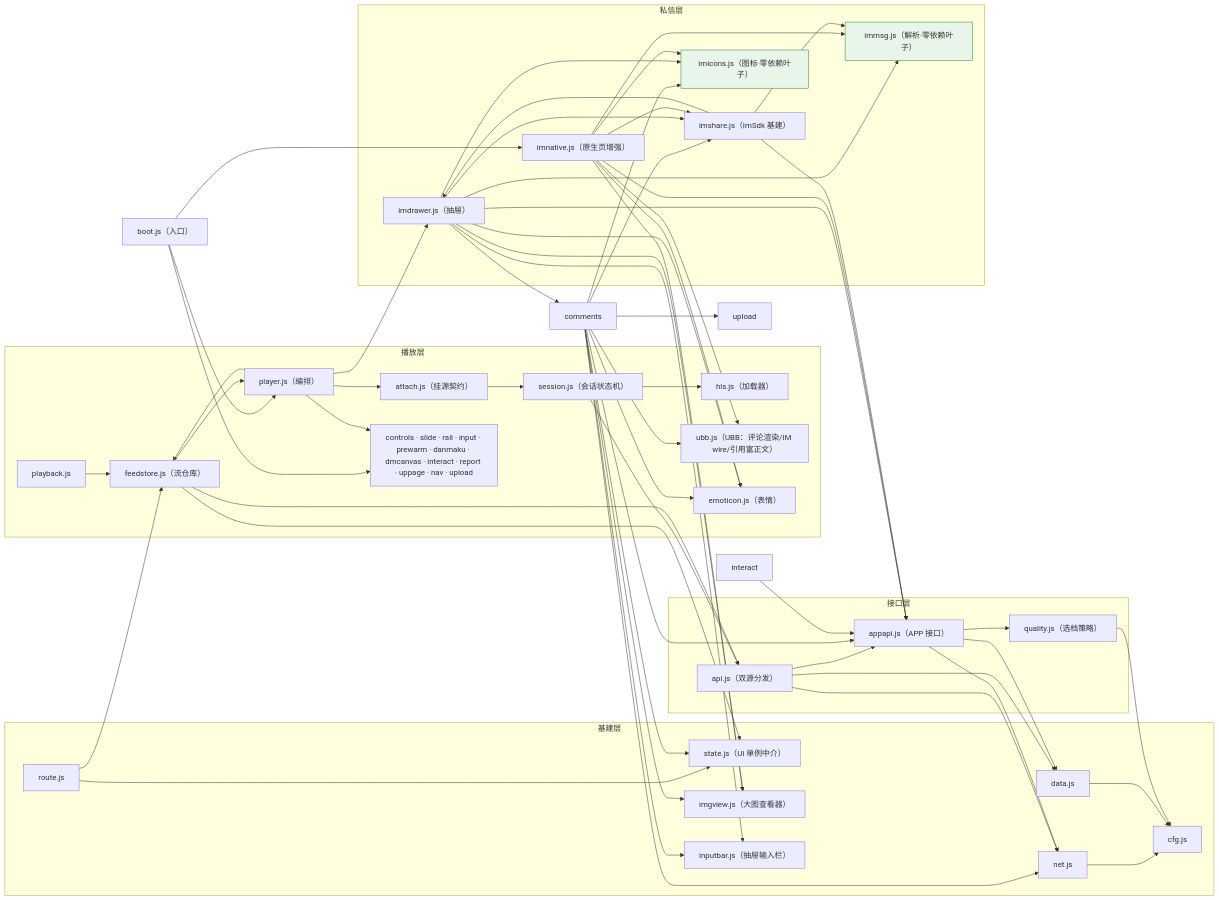
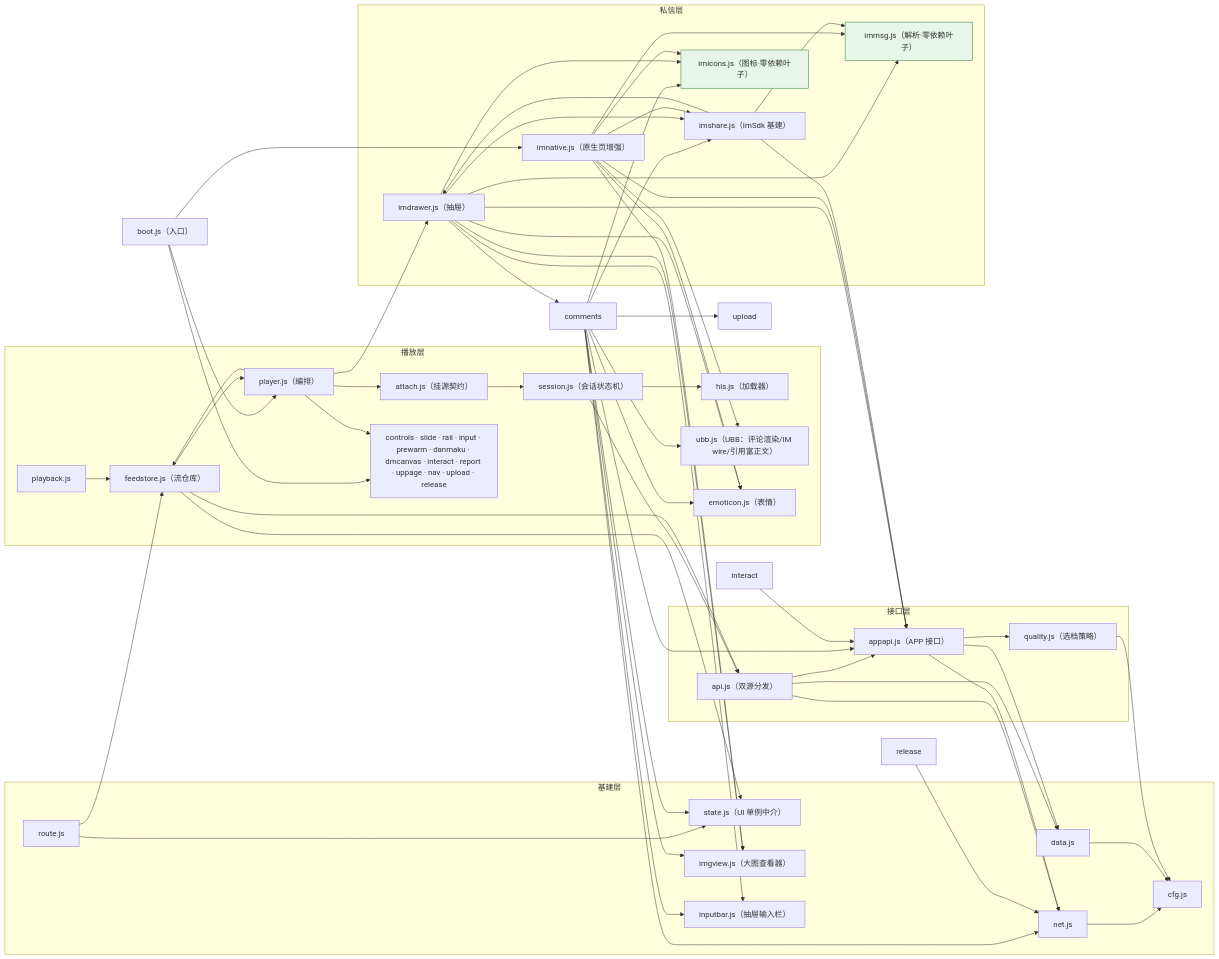
Before and after one commit to name-xxl/acfun-svfeed: the diagram in README.md, drawn with Mermaid. The commit also changed other lines of this file and 12 other files, not shown here.

````diff
--- a/README.md
+++ b/README.md
@@ -1187,63 +1226,64 @@
 ```mermaid
 flowchart LR
   subgraph base["基建层"]
     cfg["cfg.js"]
     net["net.js"]
     data["data.js"]
     state["state.js（UI 单例中介）"]
     route["route.js"]
     imgview["imgview.js（大图查看器）"]
     inputbar["inputbar.js（抽屉输入栏）"]
   end
 
   subgraph apilayer["接口层"]
     api["api.js（双源分发）"]
     appapi["appapi.js（APP 接口）"]
     quality["quality.js（选档策略）"]
   end
 
   subgraph play["播放层"]
     hls["hls.js（加载器）"]
     session["session.js（会话状态机）"]
     attach["attach.js（挂源契约）"]
     player["player.js（编排）"]
     feedstore["feedstore.js（流仓库）"]
     pb["playback.js"]
     ubb["ubb.js（UBB：评论渲染/IM wire/引用富正文）"]
     emoticon["emoticon.js（表情）"]
-    others["controls · slide · rail · input · prewarm · danmaku · dmcanvas · interact · report · uppage · nav · upload"]
+    others["controls · slide · rail · input · prewarm · danmaku · dmcanvas · interact · report · uppage · nav · upload · release"]
   end
 
   subgraph im["私信层"]
     imshare["imshare.js（ImSdk 基建）"]
     imdrawer["imdrawer.js（抽屉）"]
     imnative["imnative.js（原生页增强）"]
     immsg["immsg.js（解析·零依赖叶子）"]
     imicons["imicons.js（图标·零依赖叶子）"]
   end
 
   boot["boot.js（入口）"]
 
   net --> cfg
   data --> cfg
   route --> state & feedstore
   quality --> cfg
 
   api --> net & data & appapi
   appapi --> net & data & quality
 
   boot --> player & others & imnative
   player --> attach & others & feedstore & imdrawer
   attach --> session
   session --> api & hls
   pb --> feedstore
   feedstore --> api & state & player
   comments --> ubb & emoticon & inputbar & imgview & appapi & net & upload & state & imicons & imshare
   interact --> appapi
+  release --> net
   imdrawer --> imshare & immsg & imicons & appapi & emoticon & inputbar & imgview & comments
   imnative --> immsg & imicons & appapi & imshare & emoticon & ubb & imgview
   imshare --> appapi & imdrawer & immsg
 
   classDef leaf fill:#e8f5e9,stroke:#2e7d32;
   class immsg,imicons leaf;
 ```
````
